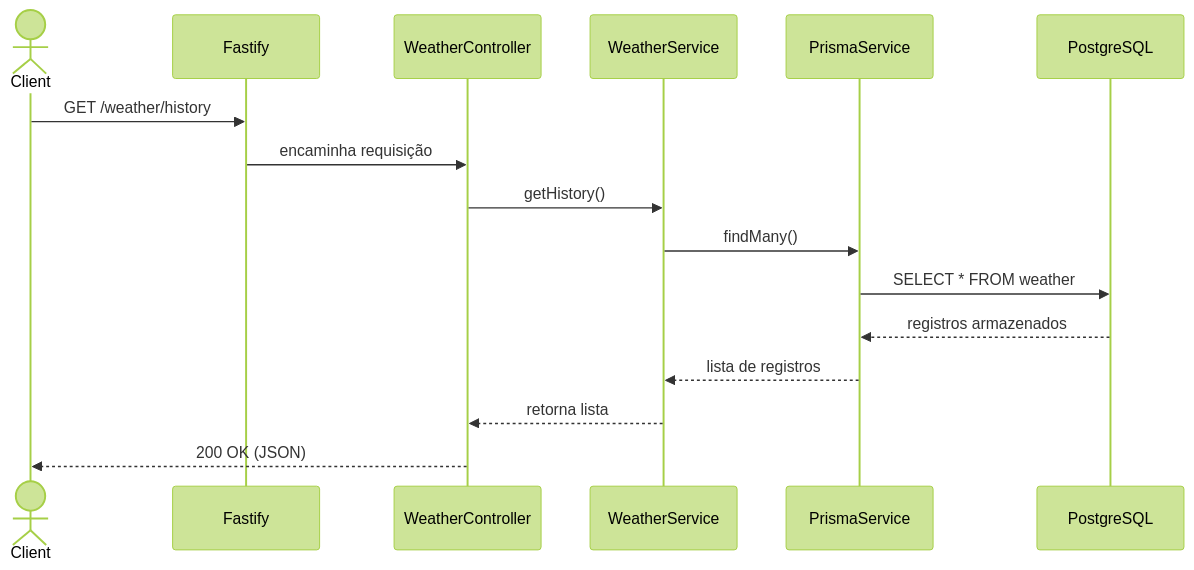
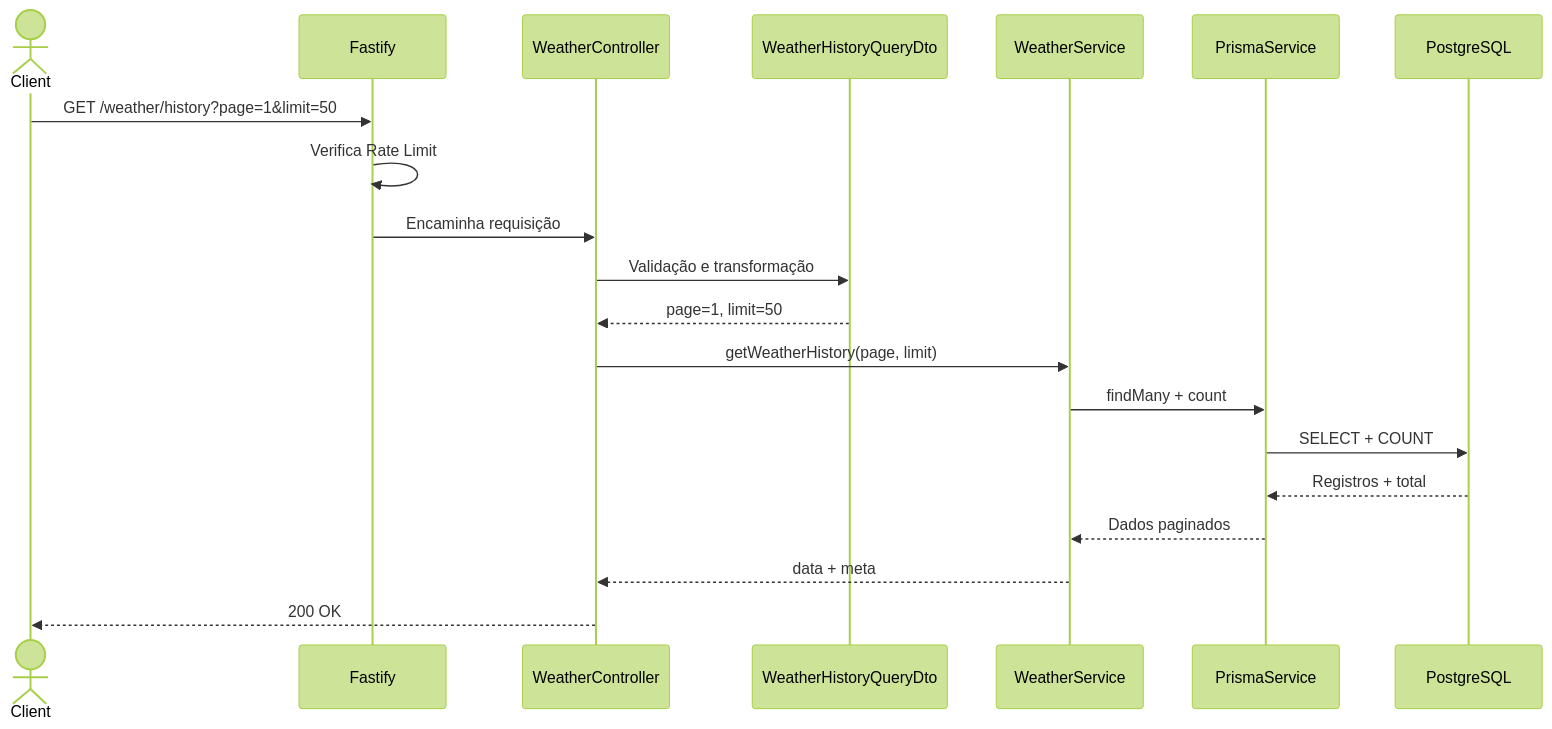
One commit to joao-victor-ferreira/weather-integration-api changed the second of 2 diagrams in README.md. Above: the diagram before and after it, drawn with Mermaid (forest theme). The commit also changed other lines of this file and 12 other files, not shown here.

````diff
--- a/README.md
+++ b/README.md
@@ -89,19 +95,23 @@
 ```mermaid
 sequenceDiagram
     actor Client
     participant Fastify
     participant Controller as WeatherController
+    participant DTO as WeatherHistoryQueryDto
     participant Service as WeatherService
     participant Prisma as PrismaService
     participant DB as PostgreSQL
 
-    Client->>Fastify: GET /weather/history
-    Fastify->>Controller: encaminha requisição
-    Controller->>Service: getHistory()
-    Service->>Prisma: findMany()
-    Prisma->>DB: SELECT * FROM weather
-    DB-->>Prisma: registros armazenados
-    Prisma-->>Service: lista de registros
-    Service-->>Controller: retorna lista
-    Controller-->>Client: 200 OK (JSON)
+    Client->>Fastify: GET /weather/history?page=1&limit=50
+    Fastify->>Fastify: Verifica Rate Limit
+    Fastify->>Controller: Encaminha requisição
+    Controller->>DTO: Validação e transformação
+    DTO-->>Controller: page=1, limit=50
+    Controller->>Service: getWeatherHistory(page, limit)
+    Service->>Prisma: findMany + count
+    Prisma->>DB: SELECT + COUNT
+    DB-->>Prisma: Registros + total
+    Prisma-->>Service: Dados paginados
+    Service-->>Controller: data + meta
+    Controller-->>Client: 200 OK
 ```
````
